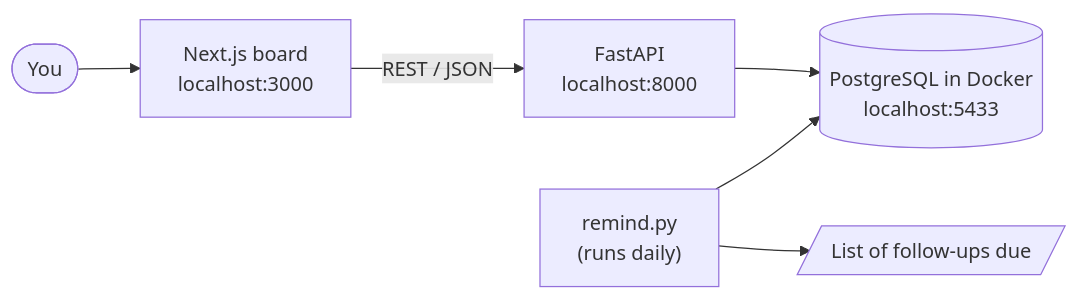
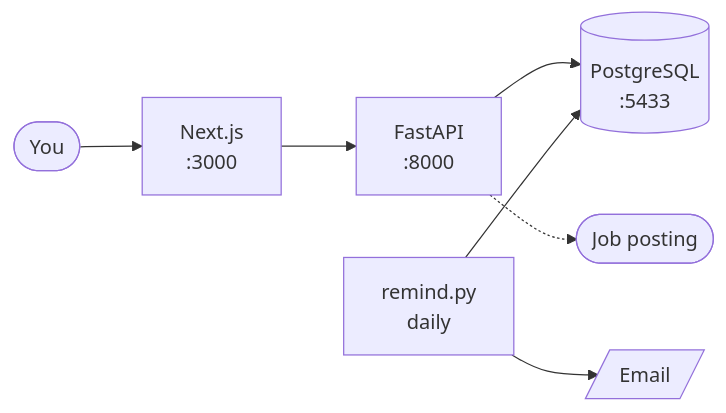
The diagram in README.md (Mtrinh123/JobApplicationTracker), drawn with Mermaid before and after one commit. The commit also changed other lines of this file and 9 other files, not shown here.

````diff
--- a/README.md
+++ b/README.md
@@ -13,8 +21,9 @@
 ```mermaid
 flowchart LR
-    U([You]) --> FE["Next.js board<br/>localhost:3000"]
-    FE -- "REST / JSON" --> BE["FastAPI<br/>localhost:8000"]
-    BE --> DB[("PostgreSQL in Docker<br/>localhost:5433")]
-    R["remind.py<br/>(runs daily)"] --> DB
-    R --> OUT[/"List of follow-ups due"/]
+    U([You]) --> FE["Next.js<br/>:3000"]
+    FE --> BE["FastAPI<br/>:8000"]
+    BE --> DB[("PostgreSQL<br/>:5433")]
+    BE -.-> WEB(["Job posting"])
+    R["remind.py<br/>daily"] --> DB
+    R --> M[/"Email"/]
 ```
````
